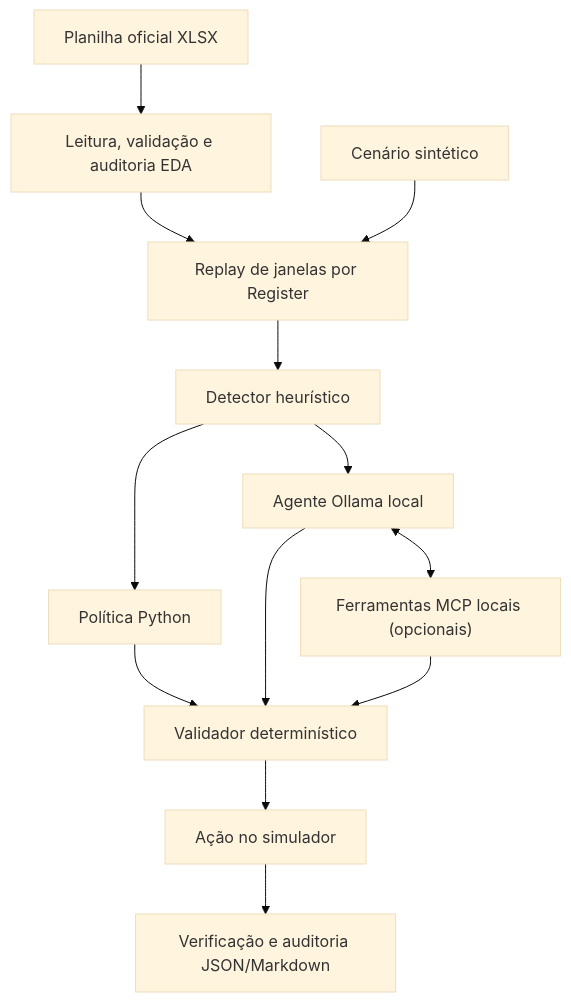
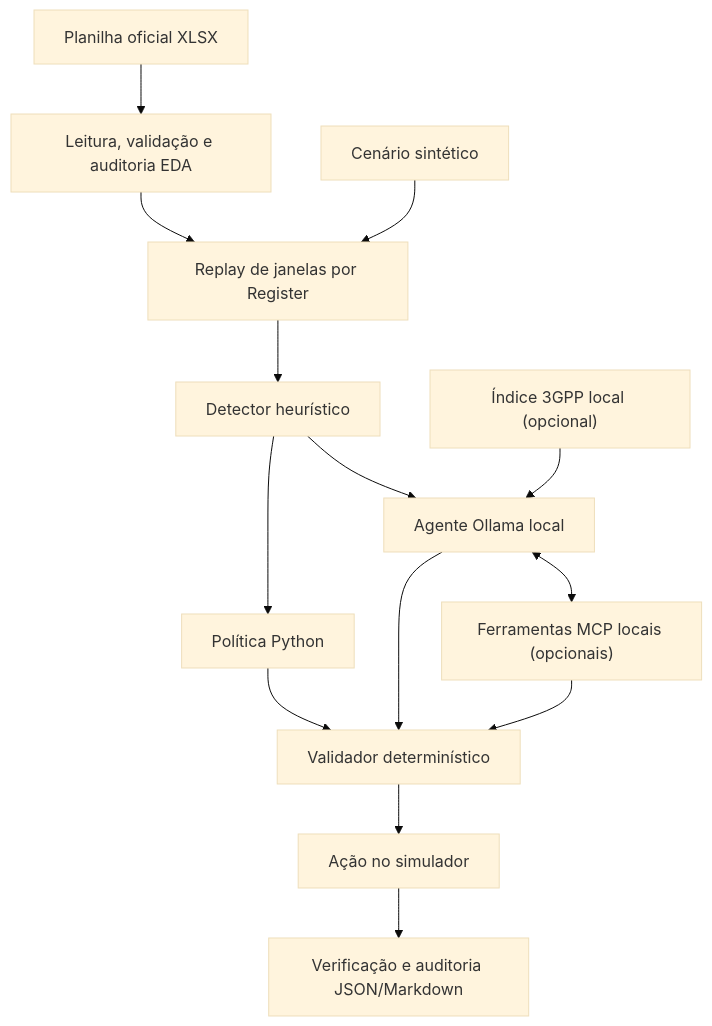
Before and after one commit to 1LucasSilv/oran-agentic-lab: the diagram in README.md, drawn with Mermaid (base theme). The commit also changed other lines of this file and 14 other files, not shown here.

Commit message:
adicional de Rag local com referencias 3gpp

````diff
--- a/README.md
+++ b/README.md
@@ -7,15 +7,16 @@
 ```mermaid
 flowchart TD
     Excel["Planilha oficial XLSX"] --> Leitura["Leitura, validação e auditoria EDA"]
     Leitura --> Replay["Replay de janelas por Register"]
     Sintetico["Cenário sintético"] --> Replay
     Replay --> Detector["Detector heurístico"]
     Detector --> Python["Política Python"]
     Detector --> Ollama["Agente Ollama local"]
     Ollama <--> MCP["Ferramentas MCP locais (opcionais)"]
+    Normas["Índice 3GPP local (opcional)"] --> Ollama
     Python --> Validador["Validador determinístico"]
     Ollama --> Validador
     MCP --> Validador
     Validador --> Simulador["Ação no simulador"]
     Simulador --> Verificacao["Verificação e auditoria JSON/Markdown"]
 ```
````
